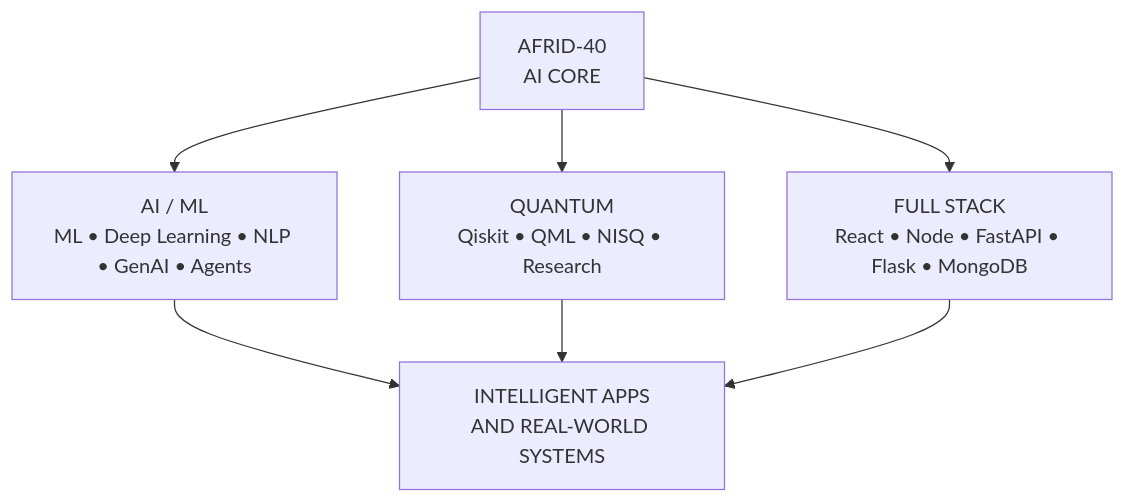
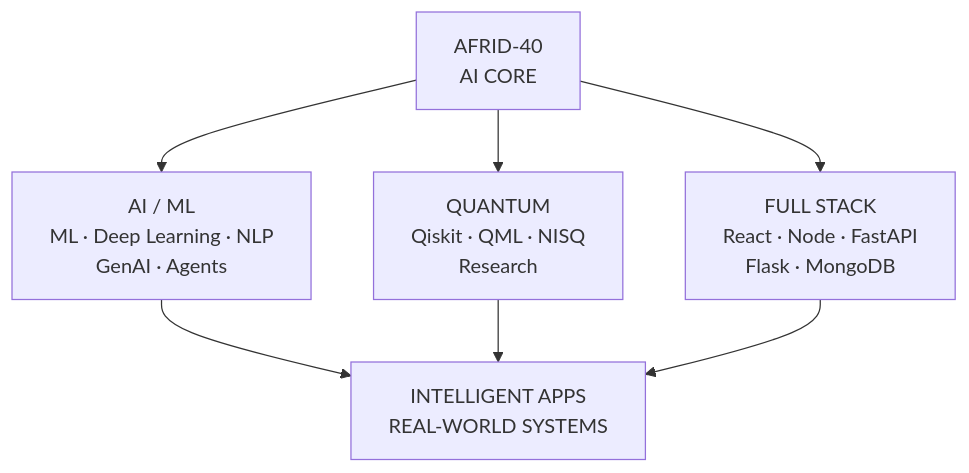
One commit to Afrid-40/Afrid-40 changed the diagram in README.md. Above: the diagram before and after it, drawn with Mermaid. The commit also changed other lines of this file, not shown here.

Commit message:
Update formatting in README for clarity

````diff
--- a/README.md
+++ b/README.md
@@ -57,21 +57,21 @@
 ```mermaid
 flowchart TD
 
     CORE["AFRID-40<br/>AI CORE"]
 
-    AI["AI / ML<br/>ML • Deep Learning • NLP • GenAI • Agents"]
+    AI["AI / ML<br/>ML · Deep Learning · NLP<br/>GenAI · Agents"]
 
-    QUANTUM["QUANTUM<br/>Qiskit • QML • NISQ • Research"]
+    QUANTUM["QUANTUM<br/>Qiskit · QML · NISQ<br/>Research"]
 
-    STACK["FULL STACK<br/>React • Node • FastAPI • Flask • MongoDB"]
+    STACK["FULL STACK<br/>React · Node · FastAPI<br/>Flask · MongoDB"]
 
-    SYSTEMS["INTELLIGENT APPS<br/>AND REAL-WORLD SYSTEMS"]
+    SYSTEMS["INTELLIGENT APPS<br/>REAL-WORLD SYSTEMS"]
 
     CORE --> AI
     CORE --> QUANTUM
     CORE --> STACK
 
     AI --> SYSTEMS
     QUANTUM --> SYSTEMS
     STACK --> SYSTEMS
 ```
````
